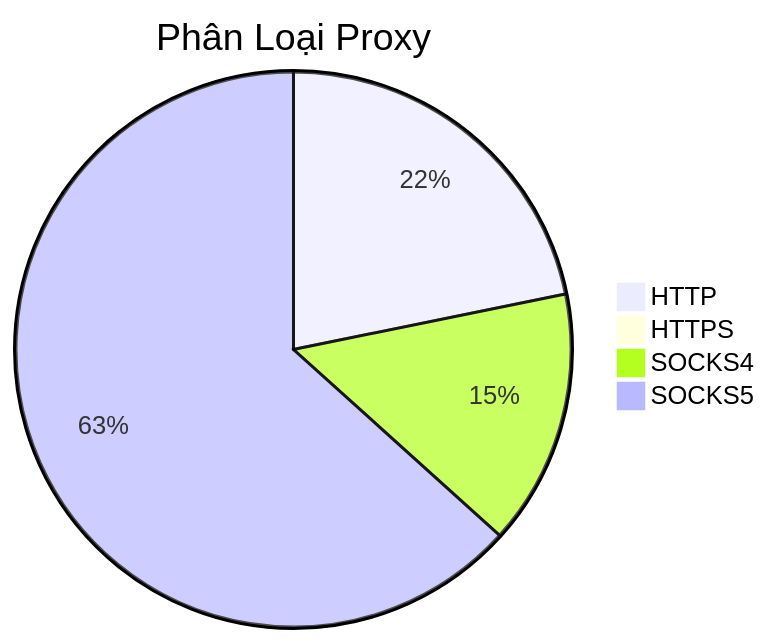
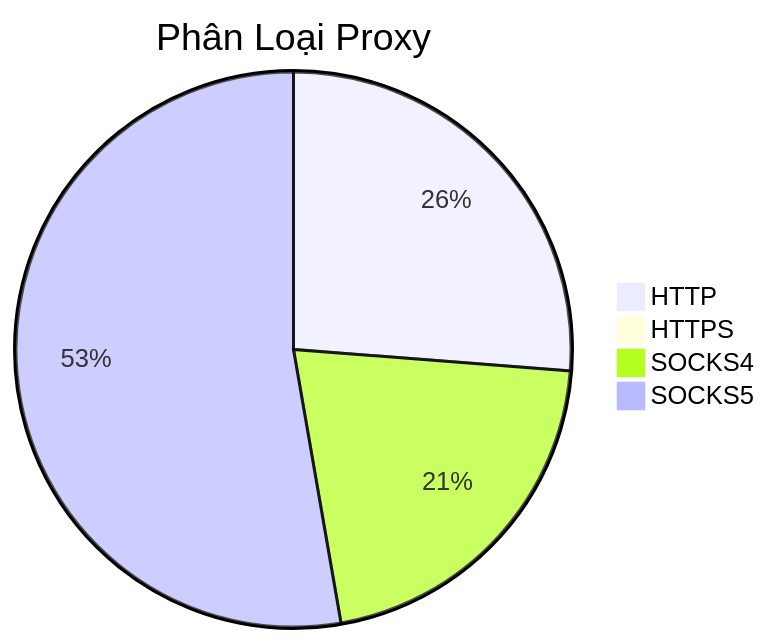
The diagram in README.md (Ciara-Aa/PROXY-free), drawn with Mermaid before and after one commit. The commit also changed other lines of this file and 4 other files, not shown here.

````diff
--- a/README.md
+++ b/README.md
@@ -26,7 +26,7 @@
 ```mermaid
 pie title Phân Loại Proxy
-    "HTTP" : 391
+    "HTTP" : 388
     "HTTPS" : 3
-    "SOCKS4" : 267
-    "SOCKS5" : 1136
+    "SOCKS4" : 311
+    "SOCKS5" : 780
 ```
````
